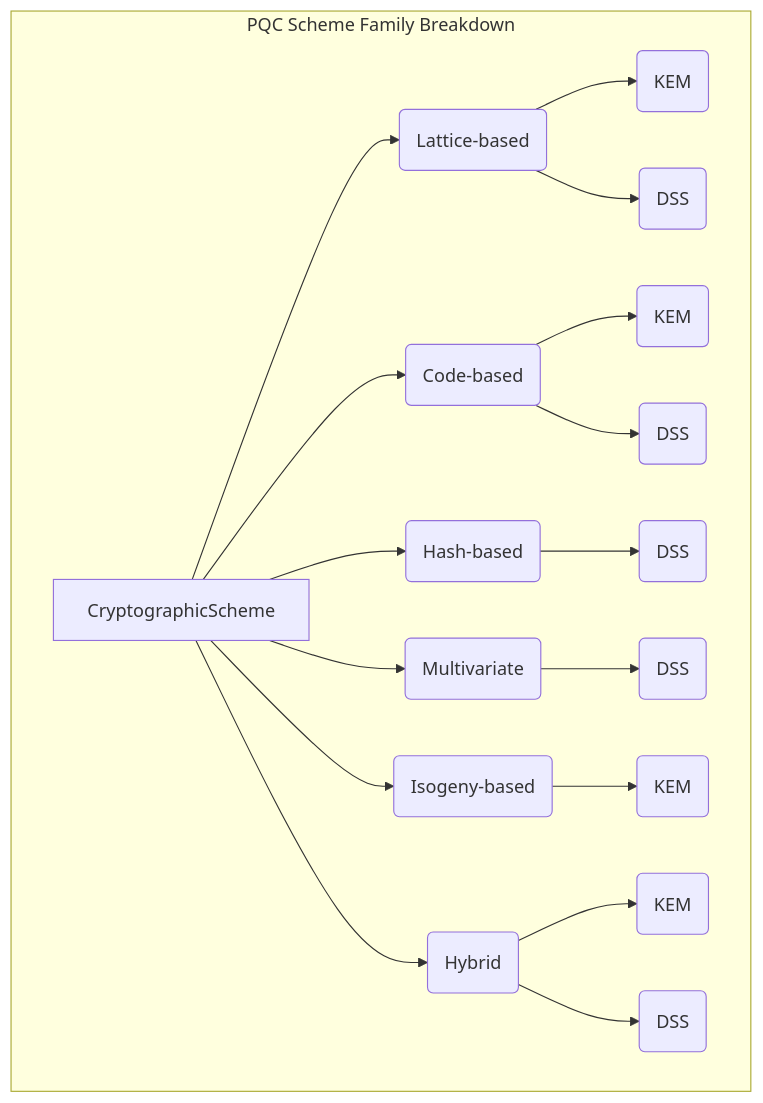
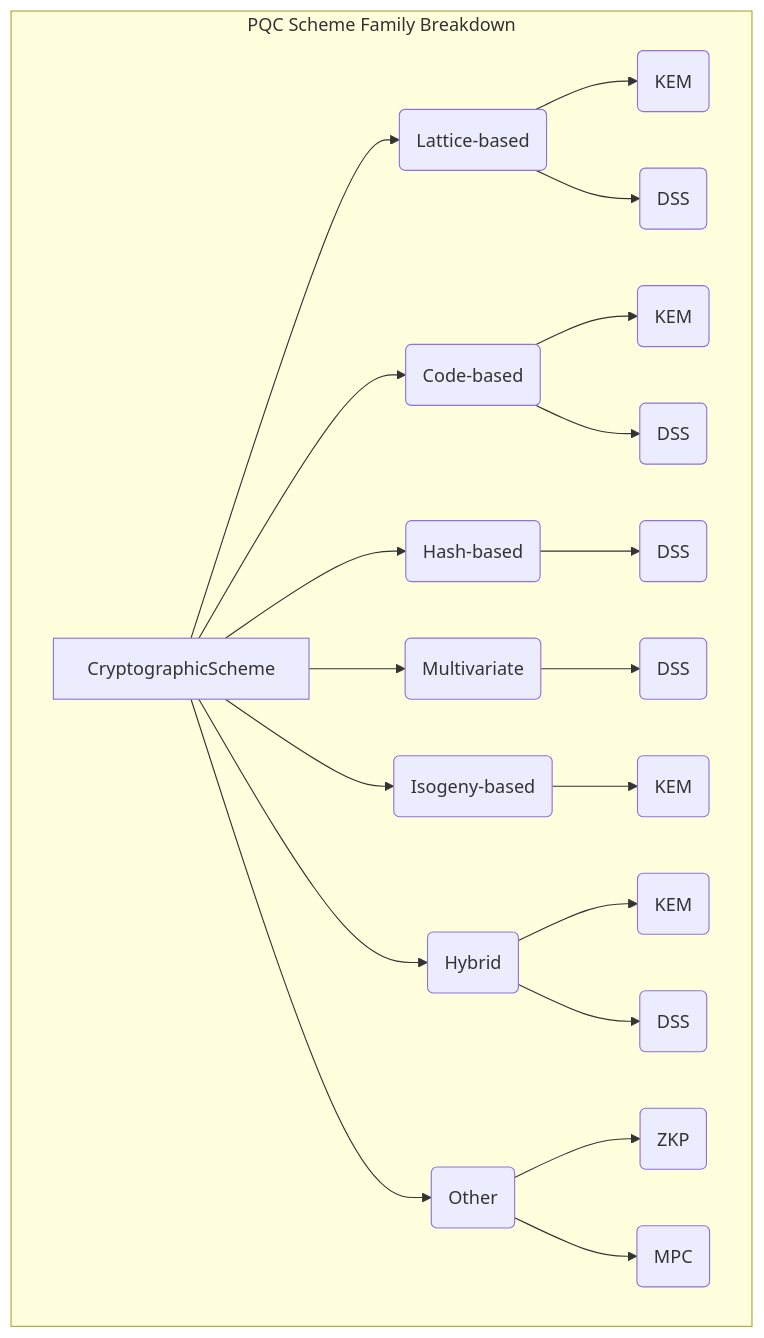
The fourth of 10 diagrams in inventions/013_post_quantum_cryptography_generation/dckb_detailed_ontology_definition.md (diplomat-bit/Citibank_Demo_Business_Inc_Demonstration-), drawn with Mermaid before and after one commit. The commit also changed other lines of this file, not shown here.

````diff
--- a/inventions/013_post_quantum_cryptography_generation/dckb_detailed_ontology_definition.md
+++ b/inventions/013_post_quantum_cryptography_generation/dckb_detailed_ontology_definition.md
@@ -789,18 +1039,20 @@
 ```mermaid
 graph TD
     subgraph PQC Scheme Family Breakdown
         A[CryptographicScheme] --> B(Lattice-based);
         A --> C(Code-based);
         A --> D(Hash-based);
         A --> E(Multivariate);
         A --> F(Isogeny-based);
         A --> G(Hybrid);
+        A --> H(Other);
 
         B --> B1(KEM); B --> B2(DSS);
         C --> C1(KEM); C --> C2(DSS);
         D --> D1(DSS);
         E --> E1(DSS);
         F --> F1(KEM);
         G --> G1(KEM); G --> G2(DSS);
+        H --> H1(ZKP); H --> H2(MPC);
     end
 ```
````
